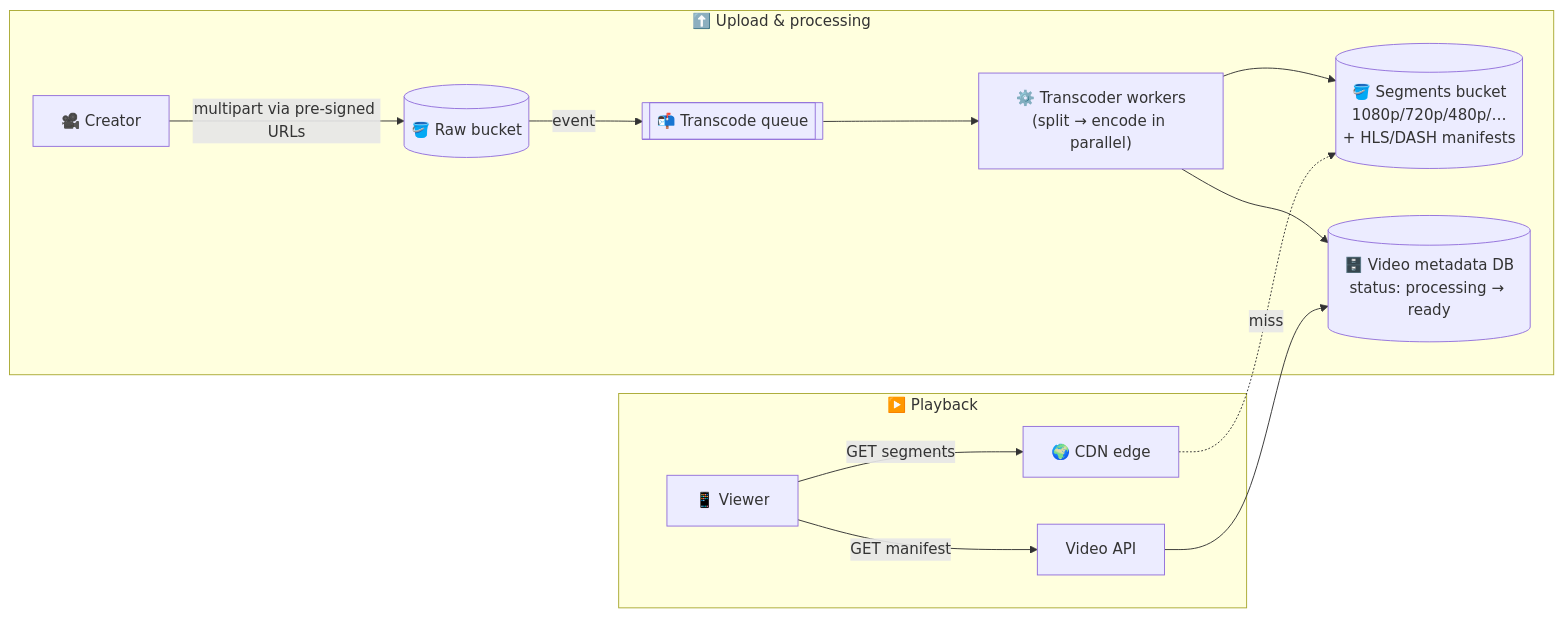
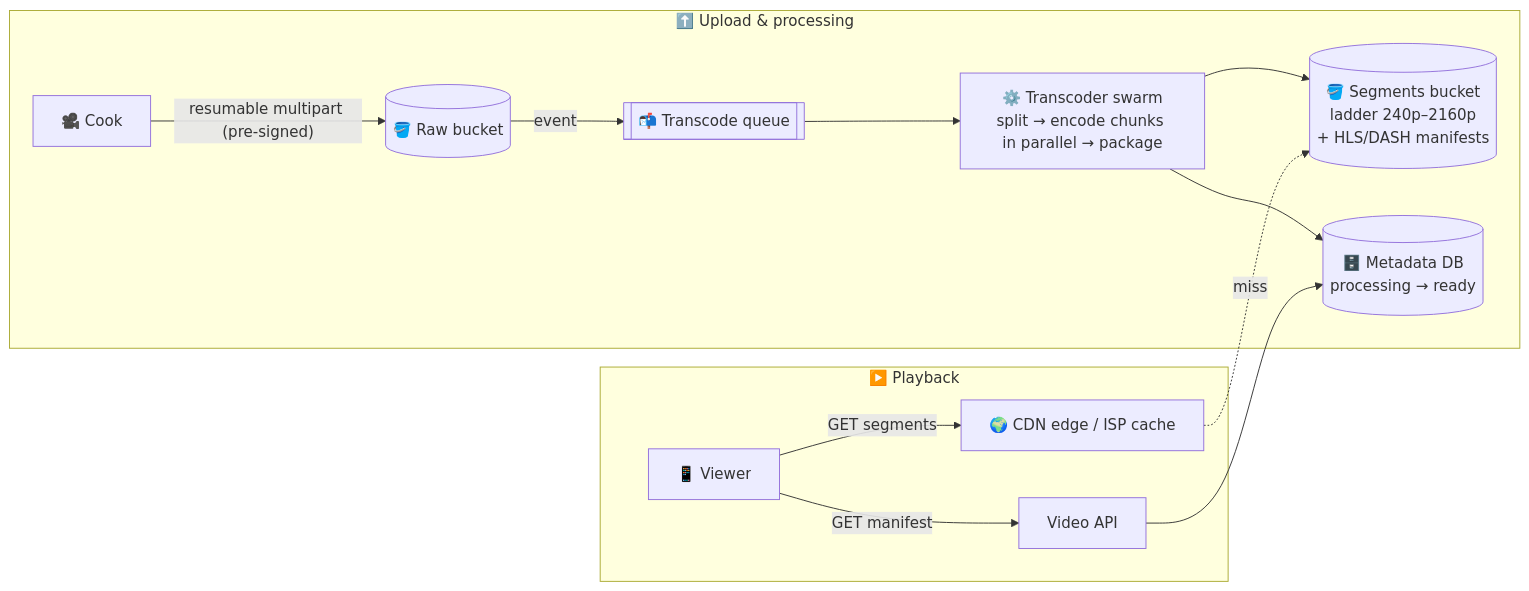
Before and after one commit to winnyboy5/System-Design-from-Atoms: the diagram in phases/09-core-case-studies/079-design-video-streaming.md, drawn with Mermaid. The commit also changed other lines of this file and 7 other files, not shown here.

````diff
--- a/phases/09-core-case-studies/079-design-video-streaming.md
+++ b/phases/09-core-case-studies/079-design-video-streaming.md
@@ -30,16 +42,16 @@
 ```mermaid
 flowchart LR
     subgraph Upload["⬆️ Upload & processing"]
-        C["🎥 Creator"] -->|"multipart via pre-signed URLs"| RAW[("🪣 Raw bucket")]
+        C["🎥 Cook"] -->|"resumable multipart (pre-signed)"| RAW[("🪣 Raw bucket")]
         RAW -->|"event"| Q[["📬 Transcode queue"]]
-        Q --> T["⚙️ Transcoder workers<br/>(split → encode in parallel)"]
-        T --> OUT[("🪣 Segments bucket<br/>1080p/720p/480p/…<br/>+ HLS/DASH manifests")]
-        T --> META[("🗄️ Video metadata DB<br/>status: processing → ready")]
+        Q --> T["⚙️ Transcoder swarm<br/>split → encode chunks in parallel → package"]
+        T --> OUT[("🪣 Segments bucket<br/>ladder 240p–2160p<br/>+ HLS/DASH manifests")]
+        T --> META[("🗄️ Metadata DB<br/>processing → ready")]
     end
     subgraph Play["▶️ Playback"]
         V["📱 Viewer"] -->|"GET manifest"| API["Video API"]
         API --> META
-        V -->|"GET segments"| CDN["🌍 CDN edge"]
+        V -->|"GET segments"| CDN["🌍 CDN edge / ISP cache"]
         CDN -.->|"miss"| OUT
     end
 ```
````
